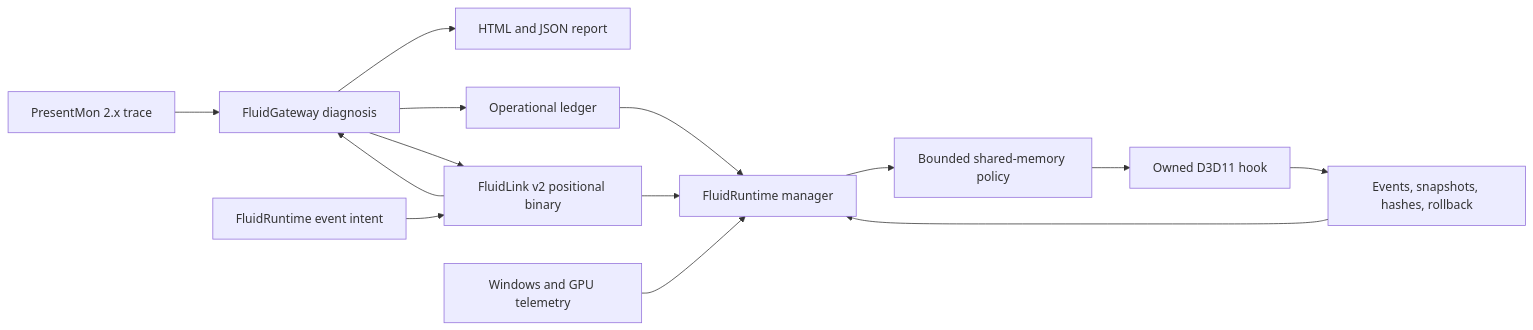
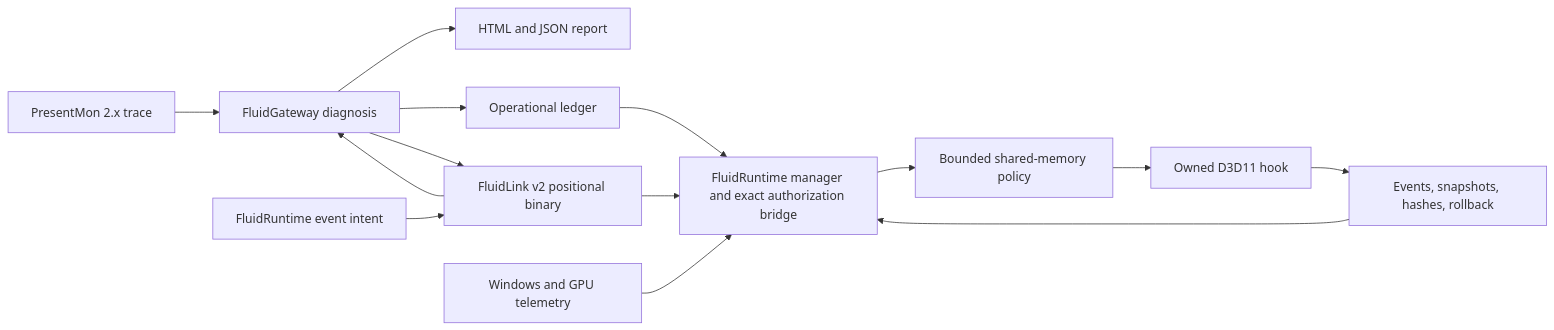
Before and after one commit to maxhuntert1414-max/FluidGateway: the diagram in README.md, drawn with Mermaid. The commit also changed other lines of this file and 2 other files, not shown here.

Commit message:
docs: publish FluidRuntime v0.15 closed-loop evidence

````diff
--- a/README.md
+++ b/README.md
@@ -114,16 +141,16 @@
 ```mermaid
 flowchart LR
     PM["PresentMon 2.x trace"] --> FG["FluidGateway diagnosis"]
     FG --> HR["HTML and JSON report"]
     FG --> OL["Operational ledger"]
     FR["FluidRuntime event intent"] --> FL["FluidLink v2 positional binary"]
     FL --> FG
     FG --> FL
-    FL --> MR["FluidRuntime manager"]
+    FL --> MR["FluidRuntime manager and exact authorization bridge"]
     OL --> MR
     WT["Windows and GPU telemetry"] --> MR
     MR --> CP["Bounded shared-memory policy"]
     CP --> HK["Owned D3D11 hook"]
     HK --> EV["Events, snapshots, hashes, rollback"]
     EV --> MR
 ```
````
